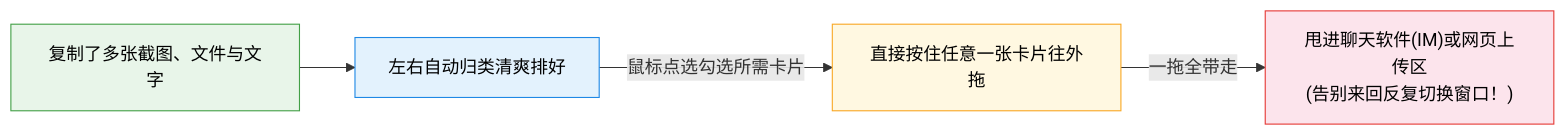
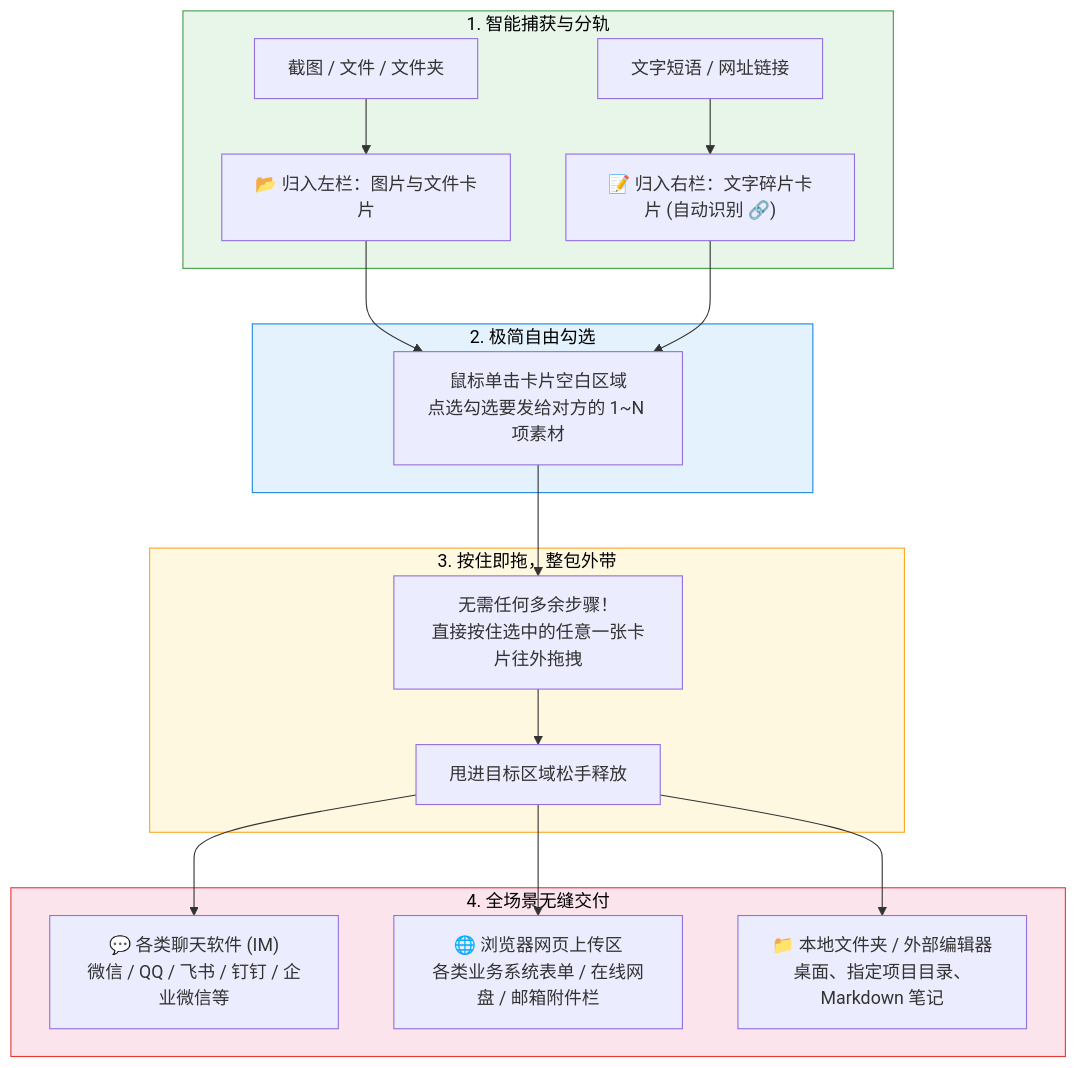
The second of 7 diagrams in README.md (CatBoss-Paw/EasyClipboard), drawn with Mermaid before and after one commit. The commit also changed other lines of this file, not shown here.

Commit message:
docs: 完善README全景架构与六大核心特性的详细全链路Mermaid图解与精修话术

````diff
--- a/README.md
+++ b/README.md
@@ -67,11 +103,27 @@
 ```mermaid
-graph LR
-    A["复制了多张截图、文件与文字"] --> B["左右自动归类清爽排好"]
-    B -->|鼠标点选勾选所需卡片| C["直接按住任意一张卡片往外拖"]
-    C -->|一拖全带走| D["甩进聊天软件(IM)或网页上传区<br/>(告别来回反复切换窗口！)"]
+graph TD
+    subgraph INGEST ["1. 智能捕获与分轨"]
+        IN1["截图 / 文件 / 文件夹"] --> L_COL["📂 归入左栏：图片与文件卡片"]
+        IN2["文字短语 / 网址链接"] --> R_COL["📝 归入右栏：文字碎片卡片 (自动识别 🔗)"]
+    end
 
-    style A fill:#e8f5e9,stroke:#43a047,color:#000
-    style B fill:#e3f2fd,stroke:#1e88e5,color:#000
-    style C fill:#fff8e1,stroke:#f9a825,color:#000
-    style D fill:#fce4ec,stroke:#e53935,color:#000
+    subgraph SELECT ["2. 极简自由勾选"]
+        L_COL & R_COL --> CHK["鼠标单击卡片空白区域<br/>点选勾选要发给对方的 1~N 项素材"]
+    end
+
+    subgraph DRAG_ACTION ["3. 按住即拖，整包外带"]
+        CHK --> DRAG_START["无需任何多余步骤！<br/>直接按住选中的任意一张卡片往外拖拽"]
+        DRAG_START --> DROP_ZONE["甩进目标区域松手释放"]
+    end
+
+    subgraph TARGETS ["4. 全场景无缝交付"]
+        DROP_ZONE --> T1["💬 各类聊天软件 (IM)<br/>微信 / QQ / 飞书 / 钉钉 / 企业微信等"]
+        DROP_ZONE --> T2["🌐 浏览器网页上传区<br/>各类业务系统表单 / 在线网盘 / 邮箱附件栏"]
+        DROP_ZONE --> T3["📁 本地文件夹 / 外部编辑器<br/>桌面、指定项目目录、Markdown 笔记"]
+    end
+
+    style INGEST fill:#e8f5e9,stroke:#43a047,color:#000
+    style SELECT fill:#e3f2fd,stroke:#1e88e5,color:#000
+    style DRAG_ACTION fill:#fff8e1,stroke:#f9a825,color:#000
+    style TARGETS fill:#fce4ec,stroke:#e53935,color:#000
 ```
````
